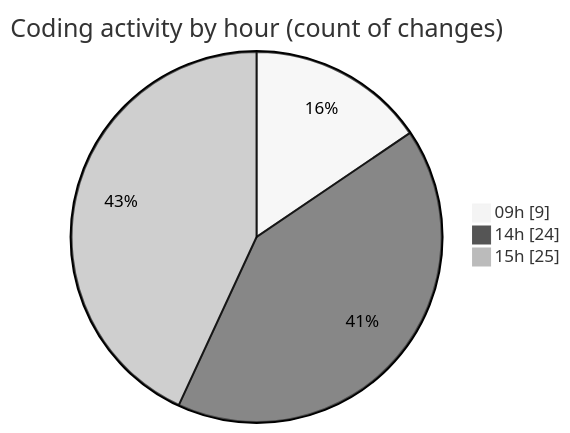
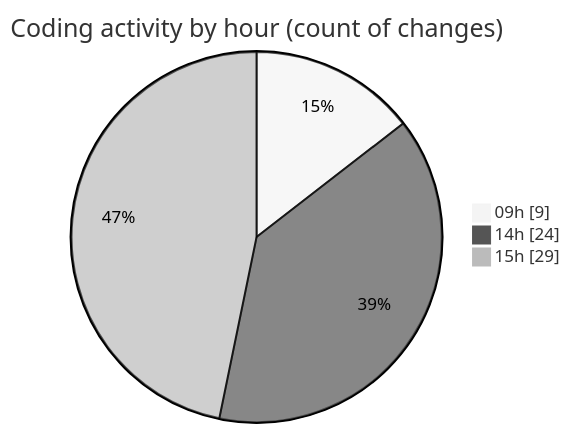
The second of 2 diagrams in 2025-11-25/eventscop-frontend-guide__workspace_/README.md (julien-gomy/code-tracking), drawn with Mermaid (neutral theme) before and after one commit. The commit also changed other lines of this file and 1 other file, not shown here.

````diff
--- a/2025-11-25/eventscop-frontend-guide__workspace_/README.md
+++ b/2025-11-25/eventscop-frontend-guide__workspace_/README.md
@@ -44,7 +44,7 @@
 ```mermaid
 pie showData
 title Coding activity by hour (count of changes)
 "09h" : 9
 "14h" : 24
-"15h" : 25
+"15h" : 29
 ```
````
